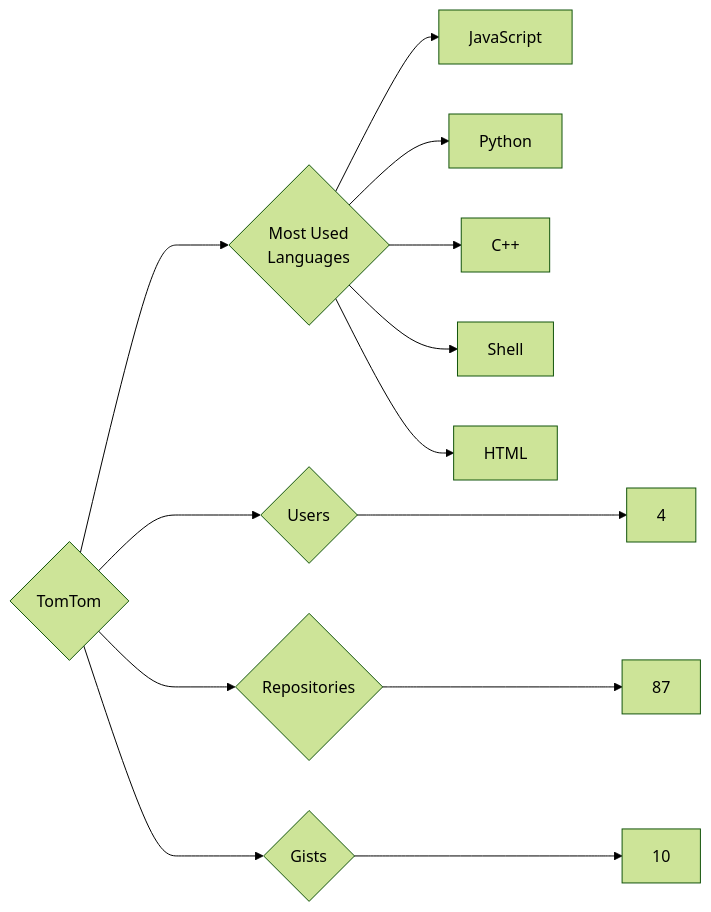
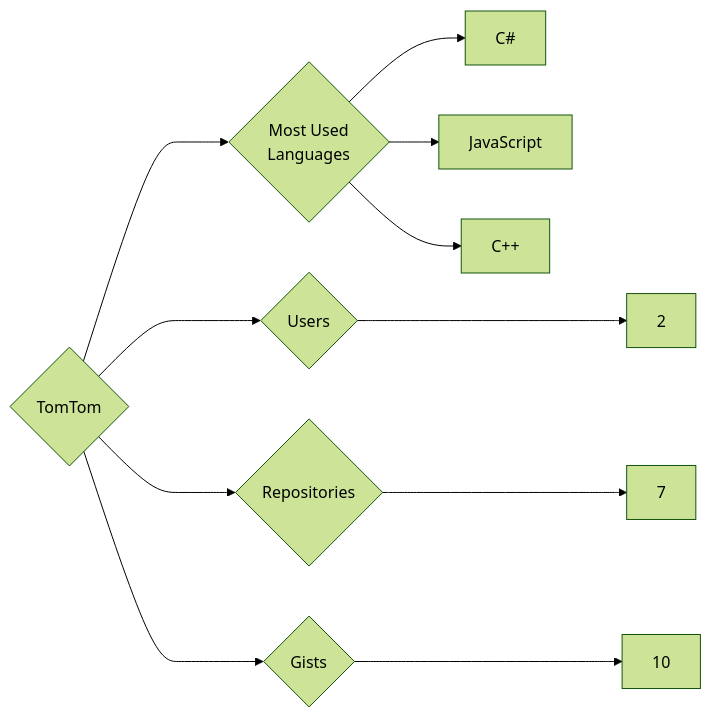
The diagram in targets/TomTom/README.md (trickest/insiders), drawn with Mermaid (forest theme) before and after one commit. The commit also changed 1389 other files, not shown here.

````diff
--- a/targets/TomTom/README.md
+++ b/targets/TomTom/README.md
@@ -3,13 +3,11 @@
 ```mermaid
 graph LR
 COMPANY_NAME{TomTom}
-COMPANY_NAME ---> U{Users} ---> UN[4]
-COMPANY_NAME ---> R{Repositories} ---> RN[87]
+COMPANY_NAME ---> U{Users} ---> UN[2]
+COMPANY_NAME ---> R{Repositories} ---> RN[7]
 COMPANY_NAME ---> G{Gists} ---> GN[10]
 COMPANY_NAME ---> ML{Most Used<br>Languages}
+ML --> C#[C#]
 ML --> JavaScript[JavaScript]
-ML --> Python[Python]
 ML --> C++[C++]
-ML --> Shell[Shell]
-ML --> HTML[HTML]
 ```
````
